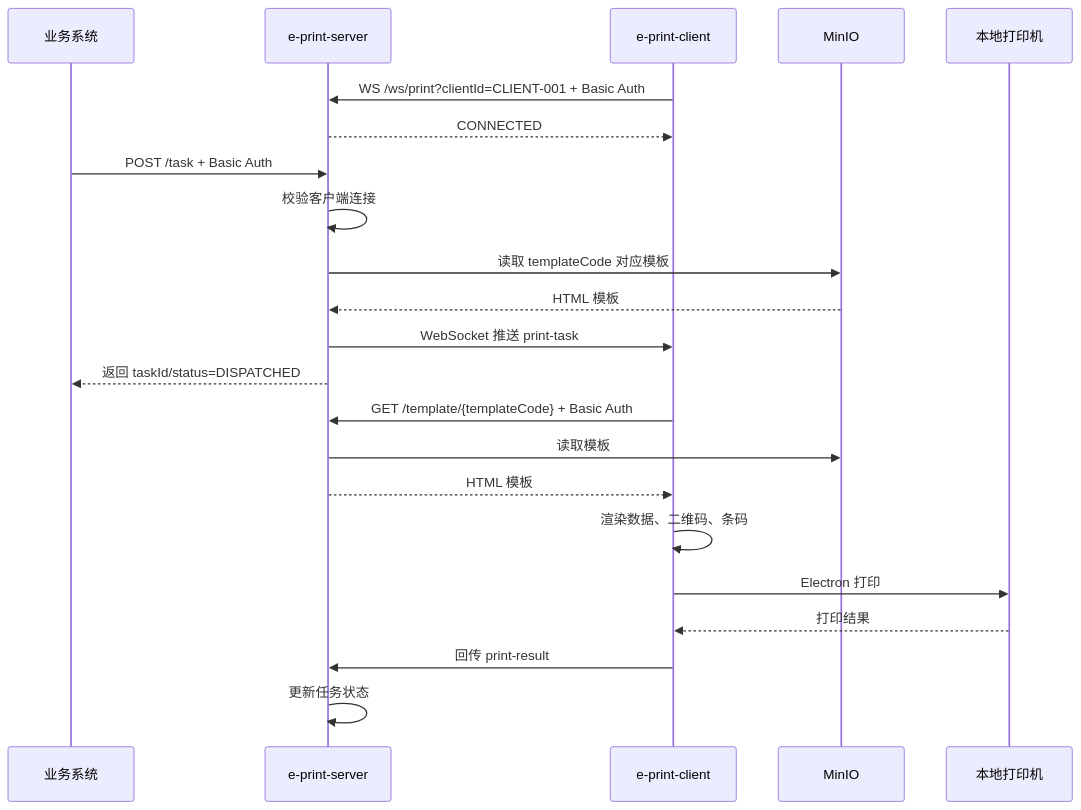
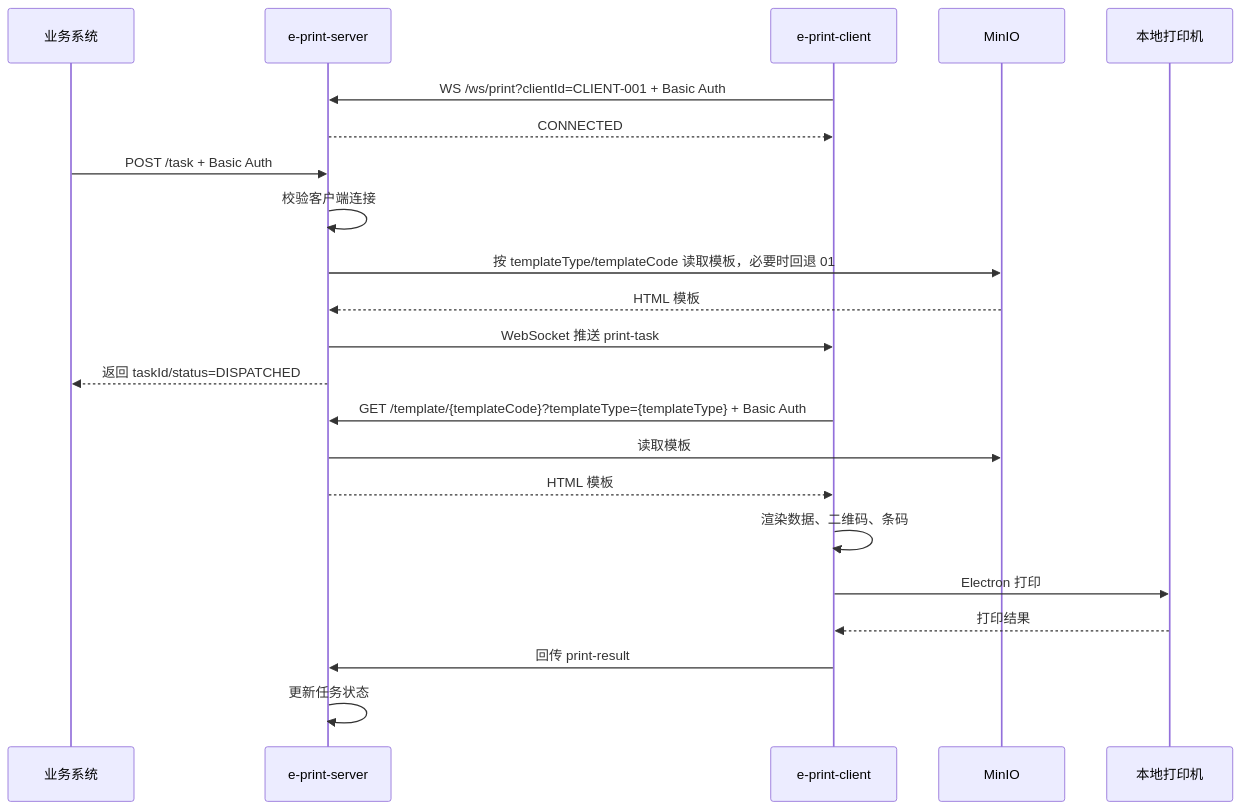
Before and after one commit to RicoFung/e-print: the diagram in README.md, drawn with Mermaid. The commit also changed other lines of this file and 39 other files, not shown here.

Commit message:
feat: add template type defaults and fallback

````diff
--- a/README.md
+++ b/README.md
@@ -144,27 +155,27 @@
 ```mermaid
 sequenceDiagram
     participant Biz as 业务系统
     participant Server as e-print-server
     participant Client as e-print-client
     participant MinIO as MinIO
     participant Printer as 本地打印机
 
     Client->>Server: WS /ws/print?clientId=CLIENT-001 + Basic Auth
     Server-->>Client: CONNECTED
 
     Biz->>Server: POST /task + Basic Auth
     Server->>Server: 校验客户端连接
-    Server->>MinIO: 读取 templateCode 对应模板
+    Server->>MinIO: 按 templateType/templateCode 读取模板，必要时回退 01
     MinIO-->>Server: HTML 模板
     Server->>Client: WebSocket 推送 print-task
     Server-->>Biz: 返回 taskId/status=DISPATCHED
 
-    Client->>Server: GET /template/{templateCode} + Basic Auth
+    Client->>Server: GET /template/{templateCode}?templateType={templateType} + Basic Auth
     Server->>MinIO: 读取模板
     Server-->>Client: HTML 模板
     Client->>Client: 渲染数据、二维码、条码
     Client->>Printer: Electron 打印
     Printer-->>Client: 打印结果
     Client->>Server: 回传 print-result
     Server->>Server: 更新任务状态
 ```
````
